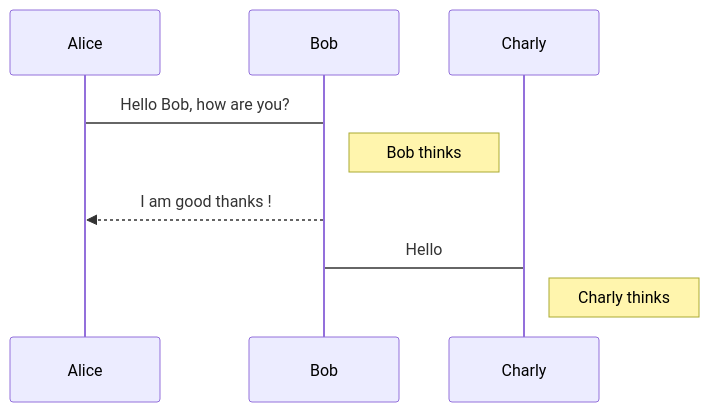
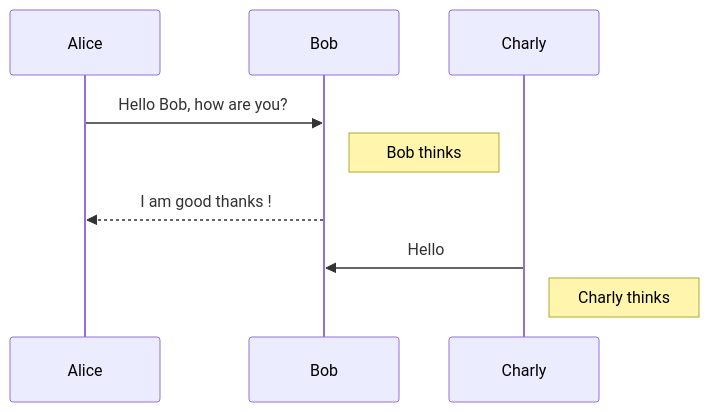
The second of 3 diagrams in README.md (BGranadosR/MD_example), drawn with Mermaid before and after one commit.

````diff
--- a/README.md
+++ b/README.md
@@ -55,8 +55,8 @@
 ```mermaid
 sequenceDiagram
-Alice -> Bob: Hello Bob, how are you?
+Alice ->> Bob: Hello Bob, how are you?
 Note right of Bob: Bob thinks
 Bob -->> Alice: I am good thanks !
-Charly -> Bob: Hello
+Charly ->> Bob: Hello
 Note right of Charly: Charly thinks
 ```
````
